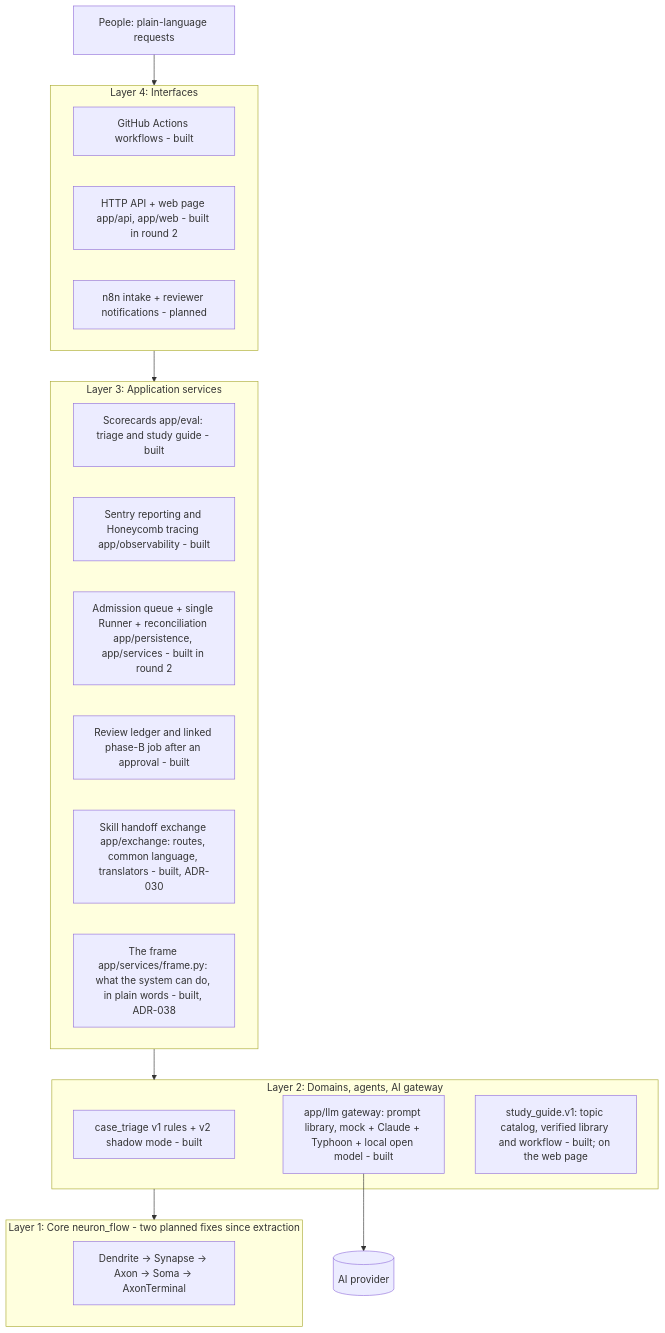
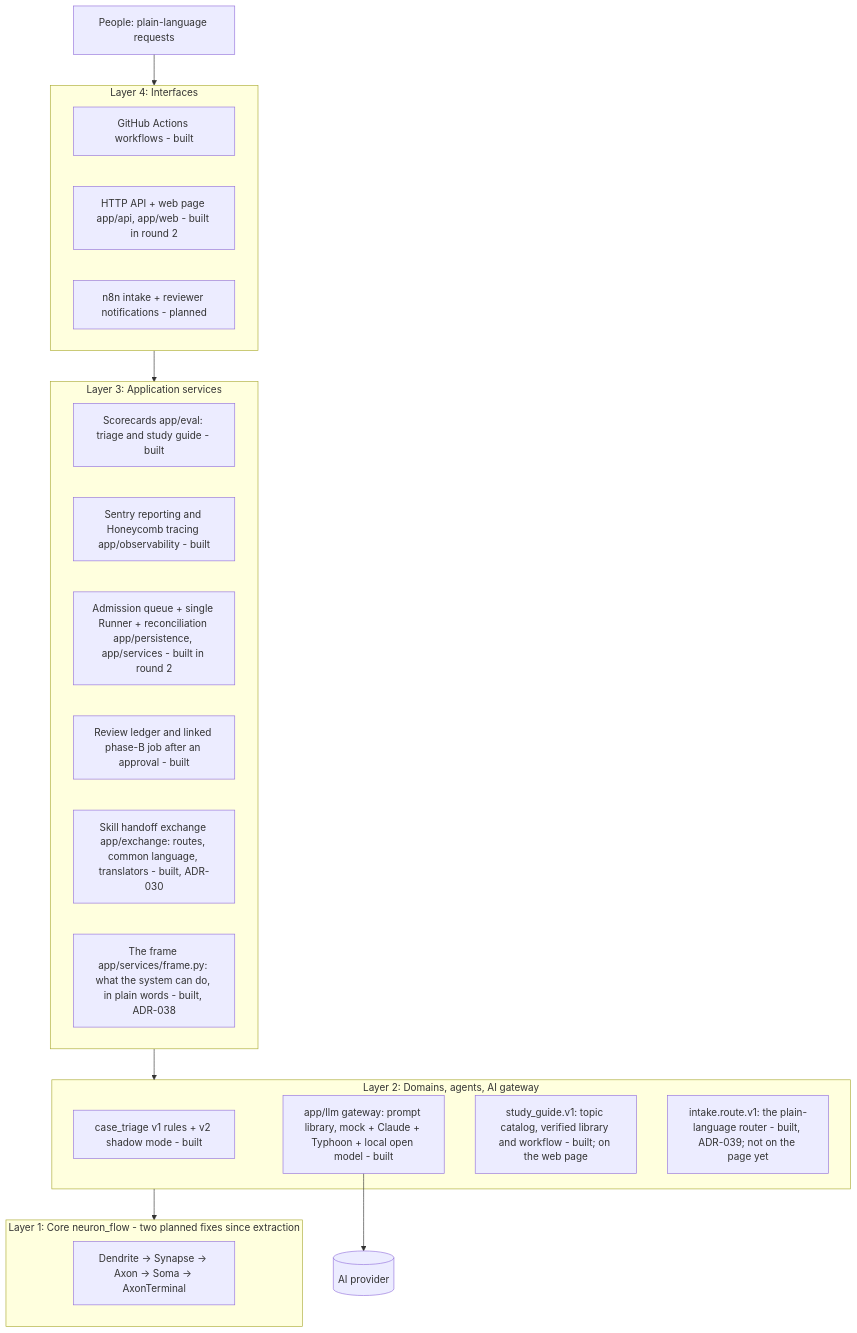
The diagram in docs/architecture.md (narongdetpyou-ux/System_Neuron_flow_AI), drawn with Mermaid before and after one commit. The commit also changed other lines of this file and 33 other files, not shown here.

````diff
--- a/docs/architecture.md
+++ b/docs/architecture.md
@@ -24,27 +24,28 @@
 ```mermaid
 flowchart TD
     U[People: plain-language requests] --> L4
     subgraph L4[Layer 4: Interfaces]
       GH[GitHub Actions workflows - built]
       API[HTTP API + web page app/api, app/web - built in round 2]
       N8N[n8n intake + reviewer notifications - planned]
     end
     subgraph L3[Layer 3: Application services]
       EV[Scorecards app/eval: triage and study guide - built]
       OBS[Sentry reporting and Honeycomb tracing app/observability - built]
       Q[Admission queue + single Runner + reconciliation app/persistence, app/services - built in round 2]
       REV[Review ledger and linked phase-B job after an approval - built]
       EX[Skill handoff exchange app/exchange: routes, common language, translators - built, ADR-030]
       FR[The frame app/services/frame.py: what the system can do, in plain words - built, ADR-038]
     end
     subgraph L2[Layer 2: Domains, agents, AI gateway]
       TRI[case_triage v1 rules + v2 shadow mode - built]
       LLM[app/llm gateway: prompt library, mock + Claude + Typhoon + local open model - built]
       SG[study_guide.v1: topic catalog, verified library and workflow - built; on the web page]
+      RT[intake.route.v1: the plain-language router - built, ADR-039; not on the page yet]
     end
     subgraph L1[Layer 1: Core neuron_flow - two planned fixes since extraction]
       CORE[Dendrite -> Synapse -> Axon -> Soma -> AxonTerminal]
     end
     L4 --> L3 --> L2 --> L1
     LLM --> P[(AI provider)]
 ```
````
